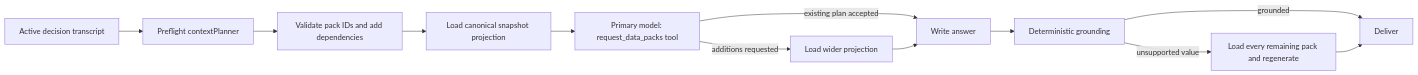
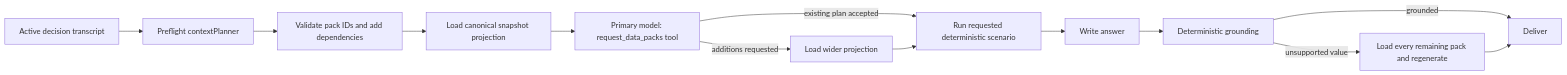
Before and after one commit to ethanteng/finsight: the diagram in docs/CONTEXT_PLANNING.md, drawn with Mermaid. The commit also changed other lines of this file and 31 other files, not shown here.

Commit message:
Add deterministic retirement scenario comparisons

````diff
--- a/docs/CONTEXT_PLANNING.md
+++ b/docs/CONTEXT_PLANNING.md
@@ -12,14 +12,15 @@
 ```mermaid
 flowchart LR
     A["Active decision transcript"] --> B["Preflight contextPlanner"]
     B --> C["Validate pack IDs and add dependencies"]
     C --> D["Load canonical snapshot projection"]
     D --> E["Primary model: request_data_packs tool"]
     E -->|"additions requested"| F["Load wider projection"]
-    E -->|"existing plan accepted"| G["Write answer"]
-    F --> G
+    E -->|"existing plan accepted"| S["Run requested deterministic scenario"]
+    F --> S
+    S --> G["Write answer"]
     G --> H["Deterministic grounding"]
     H -->|"unsupported value"| I["Load every remaining pack and regenerate"]
     H -->|"grounded"| J["Deliver"]
     I --> J
 ```
````
